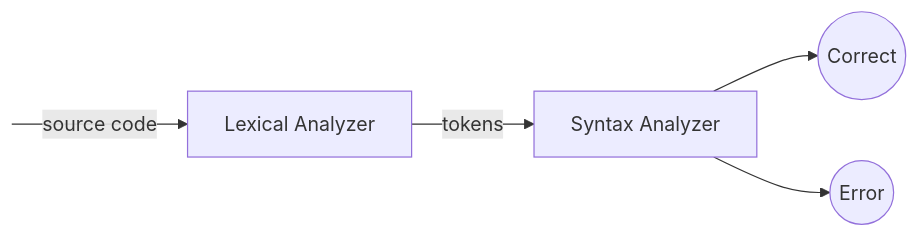
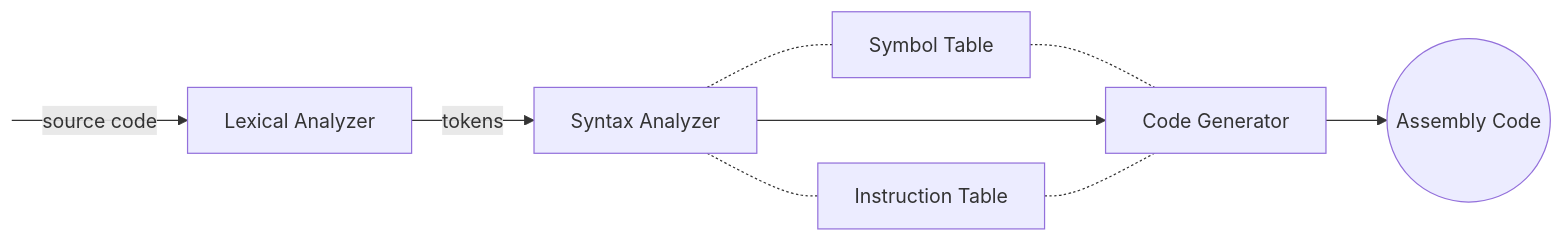
One commit to CodieTamida/compiler changed the diagram in README.md. Above: the diagram before and after it, drawn with Mermaid.

````diff
--- a/README.md
+++ b/README.md
@@ -19,8 +19,12 @@
 ```mermaid
 graph LR
 START:::hidden -- source code--> LA[Lexical Analyzer]
 LA--tokens-->SA[Syntax Analyzer]
-SA-->T((Correct))
-SA-->F((Error))
+SA-.-ST[Symbol Table]
+SA-.-IT[Instruction Table]
+ST-.-CG[Code Generator]
+SA-->CG
+IT-.-CG
+CG-->SC((Assembly Code))
 classDef hidden display: none;
 ```
````
